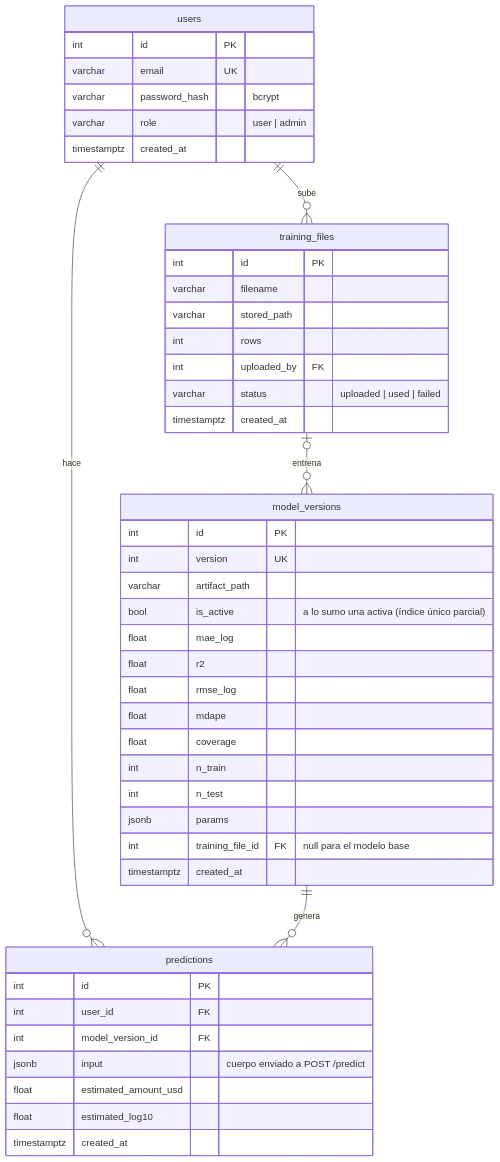
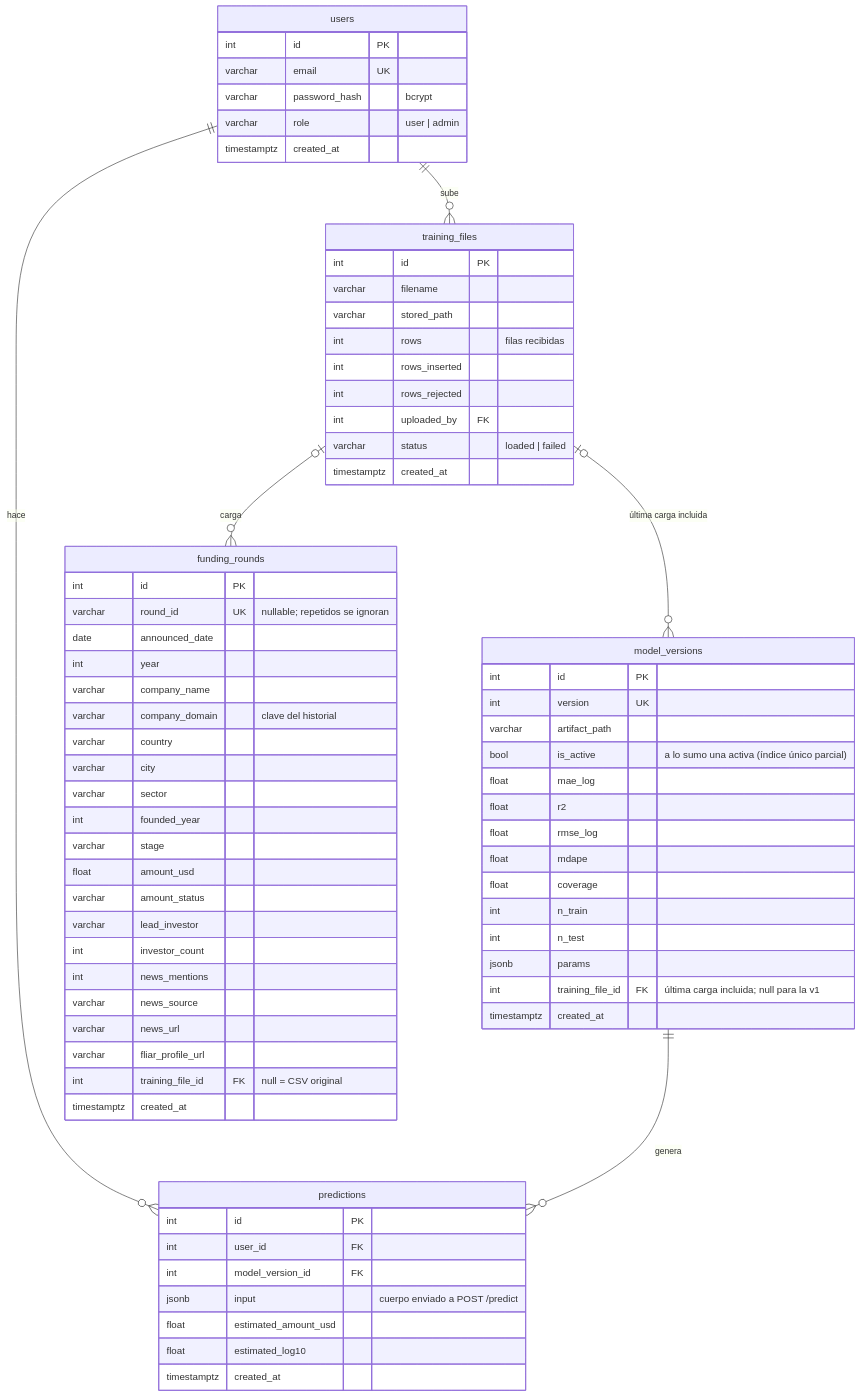
One commit to EgosPWD/fundcast-api changed the diagram in db/er-diagram.md. Above: the diagram before and after it, drawn with Mermaid. The commit also changed other lines of this file and 10 other files, not shown here.

First line of the commit message:
feat(postgres): agrega la tabla funding_rounds y el registro de cargas

````diff
--- a/db/er-diagram.md
+++ b/db/er-diagram.md
@@ -5,49 +7,75 @@
 ```mermaid
 erDiagram
     users ||--o{ predictions : "hace"
     users ||--o{ training_files : "sube"
     model_versions ||--o{ predictions : "genera"
-    training_files |o--o{ model_versions : "entrena"
+    training_files |o--o{ model_versions : "última carga incluida"
+    training_files |o--o{ funding_rounds : "carga"
 
     users {
         int id PK
         varchar email UK
         varchar password_hash "bcrypt"
         varchar role "user | admin"
         timestamptz created_at
     }
     training_files {
         int id PK
         varchar filename
         varchar stored_path
-        int rows
+        int rows "filas recibidas"
+        int rows_inserted
+        int rows_rejected
         int uploaded_by FK
-        varchar status "uploaded | used | failed"
+        varchar status "loaded | failed"
+        timestamptz created_at
+    }
+    funding_rounds {
+        int id PK
+        varchar round_id UK "nullable; repetidos se ignoran"
+        date announced_date
+        int year
+        varchar company_name
+        varchar company_domain "clave del historial"
+        varchar country
+        varchar city
+        varchar sector
+        int founded_year
+        varchar stage
+        float amount_usd
+        varchar amount_status
+        varchar lead_investor
+        int investor_count
+        int news_mentions
+        varchar news_source
+        varchar news_url
+        varchar fliar_profile_url
+        int training_file_id FK "null = CSV original"
         timestamptz created_at
     }
     model_versions {
         int id PK
         int version UK
         varchar artifact_path
         bool is_active "a lo sumo una activa (índice único parcial)"
         float mae_log
         float r2
         float rmse_log
         float mdape
         float coverage
         int n_train
         int n_test
         jsonb params
-        int training_file_id FK "null para el modelo base"
+        int training_file_id FK "última carga incluida; null para la v1"
         timestamptz created_at
     }
     predictions {
         int id PK
         int user_id FK
         int model_version_id FK
         jsonb input "cuerpo enviado a POST /predict"
         float estimated_amount_usd
         float estimated_log10
         timestamptz created_at
     }
 ```
````
